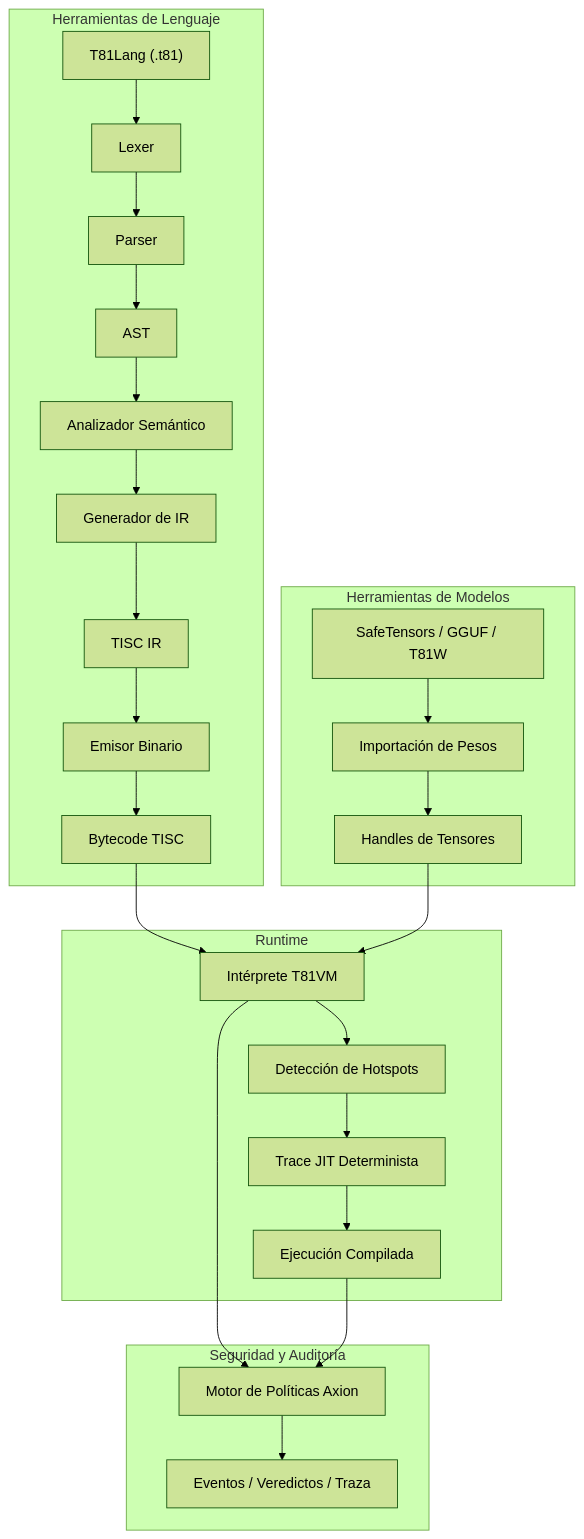
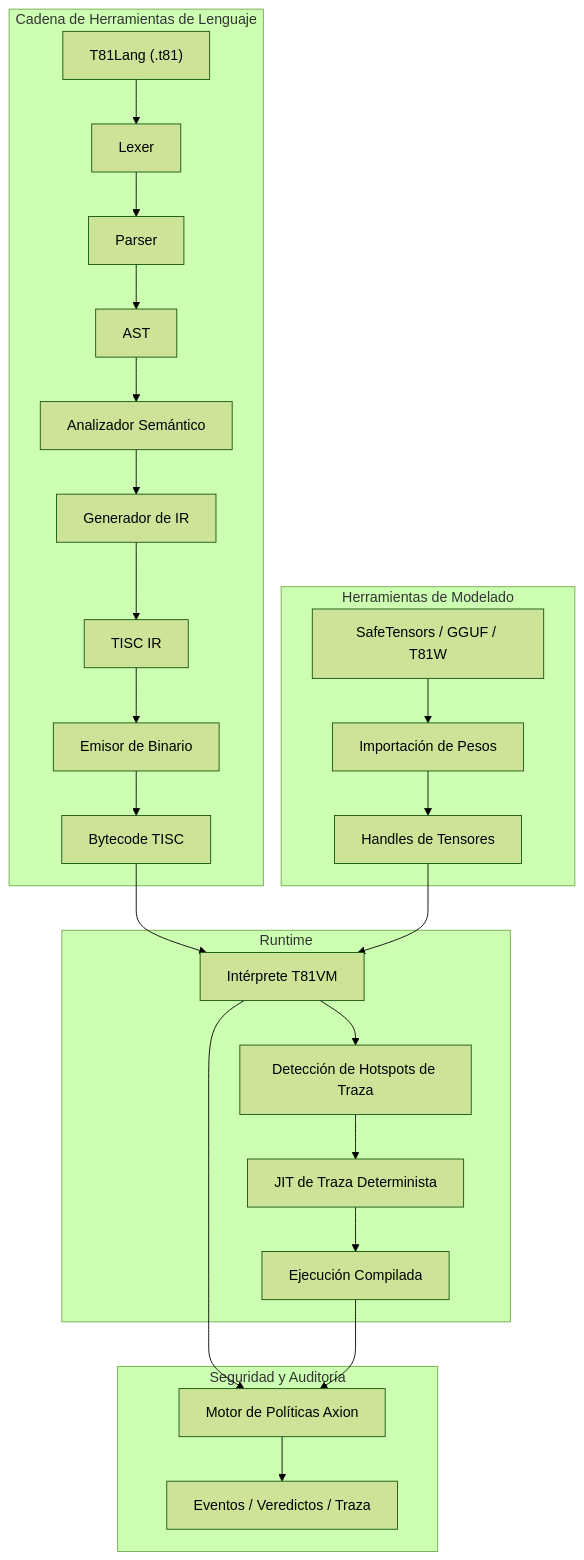
Before and after one commit to ryansctt1994-sudo/t81-foundation: the diagram in README.es.md, drawn with Mermaid (forest theme). The commit also changed other lines of this file, not shown here.

````diff
--- a/README.es.md
+++ b/README.es.md
@@ -99,30 +61,30 @@
 ```mermaid
 graph TD
-    subgraph "Herramientas de Lenguaje"
+    subgraph "Cadena de Herramientas de Lenguaje"
         A["T81Lang (.t81)"] --> B[Lexer]
         B --> C[Parser]
         C --> D[AST]
         D --> E["Analizador Semántico"]
         E --> F["Generador de IR"]
         F --> G["TISC IR"]
-        G --> H["Emisor Binario"]
+        G --> H["Emisor de Binario"]
         H --> I["Bytecode TISC"]
     end
     subgraph "Runtime"
         I --> J["Intérprete T81VM"]
-        J --> K["Detección de Hotspots"]
-        K --> L["Trace JIT Determinista"]
+        J --> K["Detección de Hotspots de Traza"]
+        K --> L["JIT de Traza Determinista"]
         L --> M["Ejecución Compilada"]
     end
     subgraph "Seguridad y Auditoría"
         J --> N["Motor de Políticas Axion"]
         M --> N
         N --> O["Eventos / Veredictos / Traza"]
     end
-    subgraph "Herramientas de Modelos"
+    subgraph "Herramientas de Modelado"
         P["SafeTensors / GGUF / T81W"] --> Q["Importación de Pesos"]
         Q --> R["Handles de Tensores"]
         R --> J
     end
 
 ```
````
